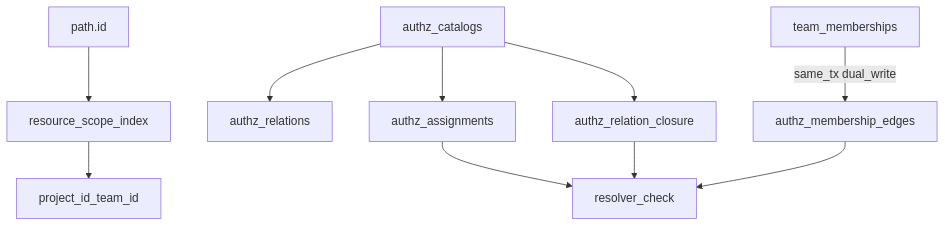
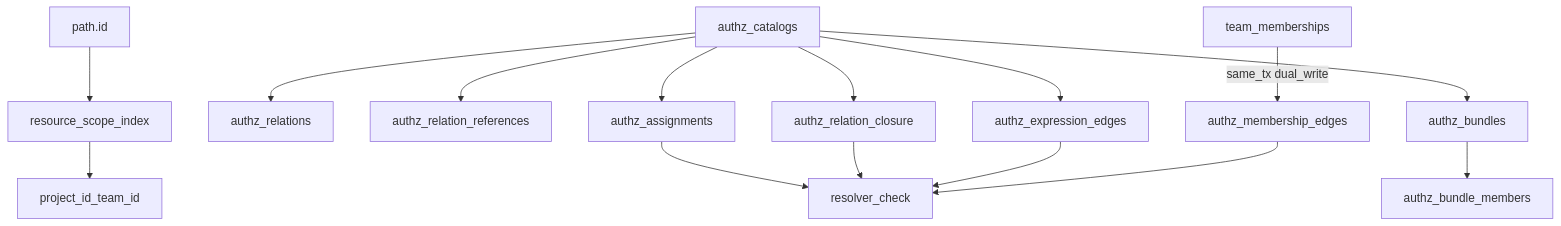
The diagram in docs/design/api/permission-storage.md (zitadel/nextgen), drawn with Mermaid before and after one commit. The commit also changed other lines of this file and 59 other files, not shown here.

````diff
--- a/docs/design/api/permission-storage.md
+++ b/docs/design/api/permission-storage.md
@@ -38,12 +87,17 @@
 ```mermaid
 flowchart TB
   pathId[path.id] --> rsi[resource_scope_index]
   rsi --> scopeCtx[project_id_team_id]
   catalogs[authz_catalogs] --> relations[authz_relations]
+  catalogs --> refs[authz_relation_references]
+  catalogs --> edges[authz_expression_edges]
   catalogs --> closure[authz_relation_closure]
+  catalogs --> bundles[authz_bundles]
+  bundles --> bundleMembers[authz_bundle_members]
   catalogs --> assignments[authz_assignments]
-  teamMemberships[team_memberships] -->|"same_tx dual_write"| edges[authz_membership_edges]
+  teamMemberships[team_memberships] -->|"same_tx dual_write"| membEdges[authz_membership_edges]
   assignments --> check[resolver_check]
   closure --> check
   edges --> check
+  membEdges --> check
 ```
````
